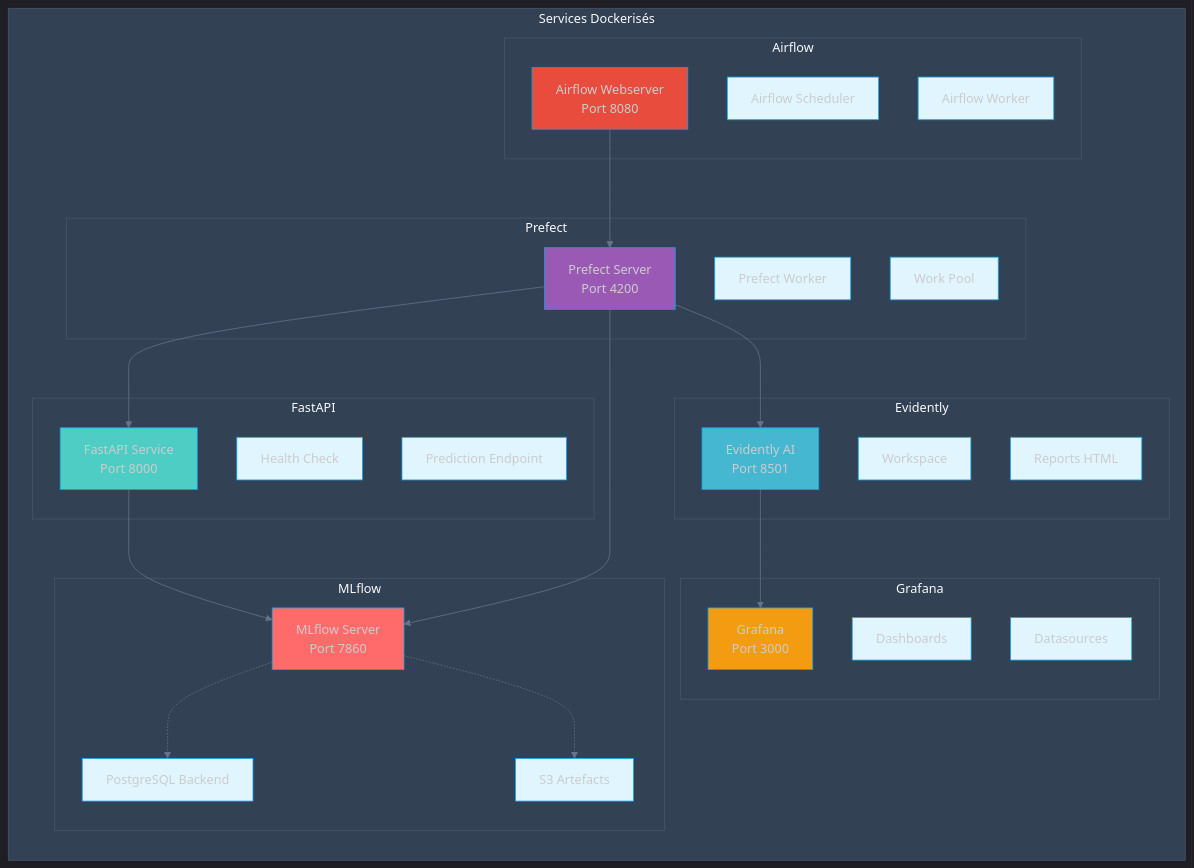
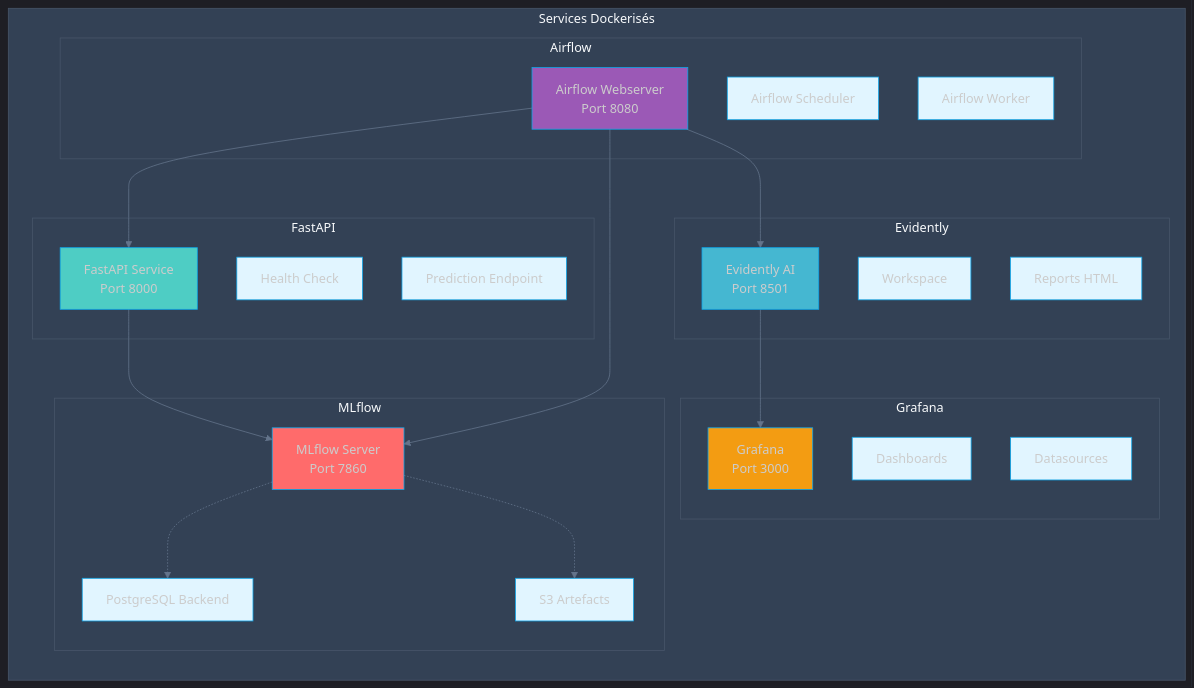
Before and after one commit to jinsudai/jinsudai: the second of 10 diagrams in Services/docsify/docs/architecture-globale.md, drawn with Mermaid. The commit also changed other lines of this file and 9 other files, not shown here.

````diff
--- a/Services/docsify/docs/architecture-globale.md
+++ b/Services/docsify/docs/architecture-globale.md
@@ -60,57 +59,49 @@
 ```mermaid
 %%{init: {'theme': 'dark', 'themeVariables': {'primaryColor': '#e1f5ff', 'primaryTextColor': '#1e293b', 'primaryBorderColor': '#0ea5e9', 'lineColor': '#64748b', 'secondaryColor': '#fff4e1', 'tertiaryColor': '#fce4ec', 'background': '#1e293b', 'mainBkg': '#e1f5ff', 'nodeBorder': '#0ea5e9', 'clusterBkg': '#334155', 'clusterBorder': '#475569', 'titleColor': '#f8fafc', 'edgeLabelBackground': '#1e293b'}}}%%
 graph LR
     subgraph "Services Dockerisés"
         subgraph "MLflow"
             ML1[MLflow Server<br/>Port 7860]
             ML2[PostgreSQL Backend]
             ML3[S3 Artefacts]
         end
         
         subgraph "FastAPI"
             FA1[FastAPI Service<br/>Port 8000]
             FA2[Health Check]
             FA3[Prediction Endpoint]
         end
         
         subgraph "Evidently"
             EV1[Evidently AI<br/>Port 8501]
             EV2[Workspace]
             EV3[Reports HTML]
         end
         
         subgraph "Grafana"
             GR1[Grafana<br/>Port 3000]
             GR2[Dashboards]
             GR3[Datasources]
         end
         
-        subgraph "Prefect"
-            PF1[Prefect Server<br/>Port 4200]
-            PF2[Prefect Worker]
-            PF3[Work Pool]
-        end
-        
         subgraph "Airflow"
             AF1[Airflow Webserver<br/>Port 8080]
             AF2[Airflow Scheduler]
             AF3[Airflow Worker]
         end
     end
     
     ML1 -.-> ML2
     ML1 -.-> ML3
     FA1 --> ML1
-    PF1 --> FA1
-    PF1 --> ML1
-    PF1 --> EV1
+    AF1 --> FA1
+    AF1 --> ML1
+    AF1 --> EV1
     EV1 --> GR1
-    AF1 --> PF1
     
     style ML1 fill:#ff6b6b
     style FA1 fill:#4ecdc4
     style EV1 fill:#45b7d1
     style GR1 fill:#f39c12
-    style PF1 fill:#9b59b6
-    style AF1 fill:#e74c3c
+    style AF1 fill:#9b59b6
 ```
````
